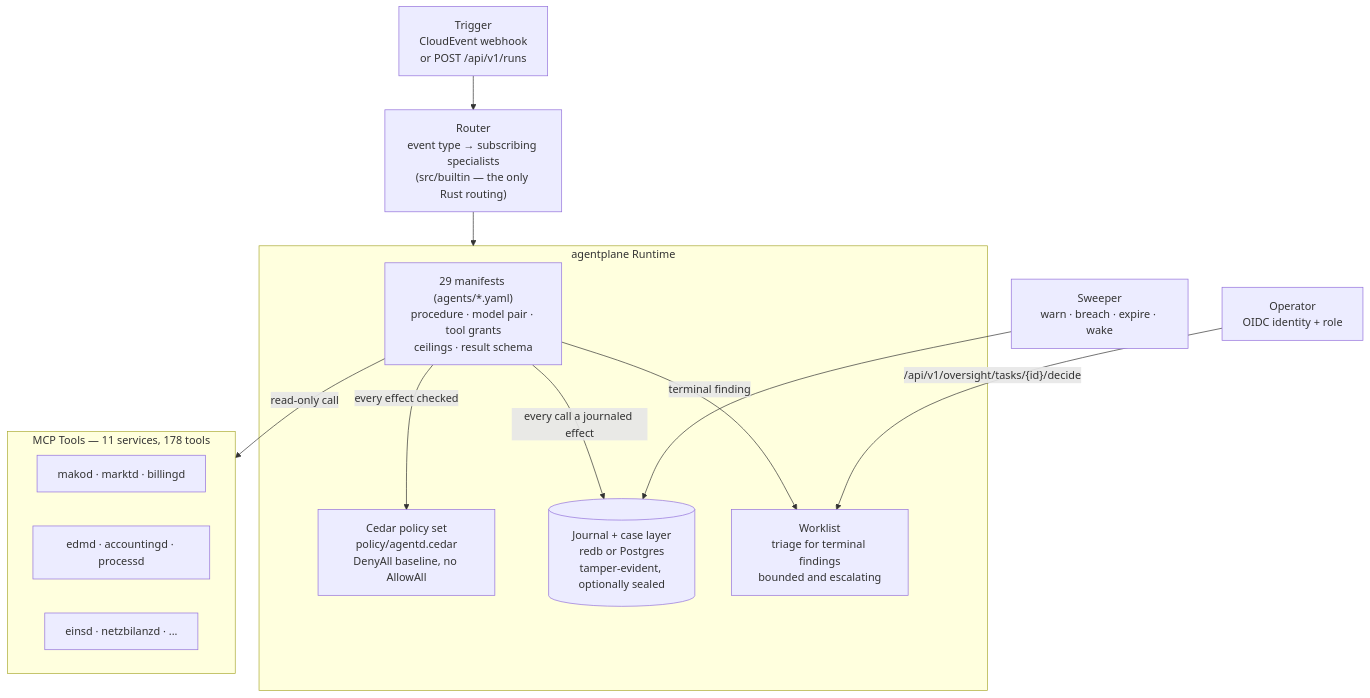
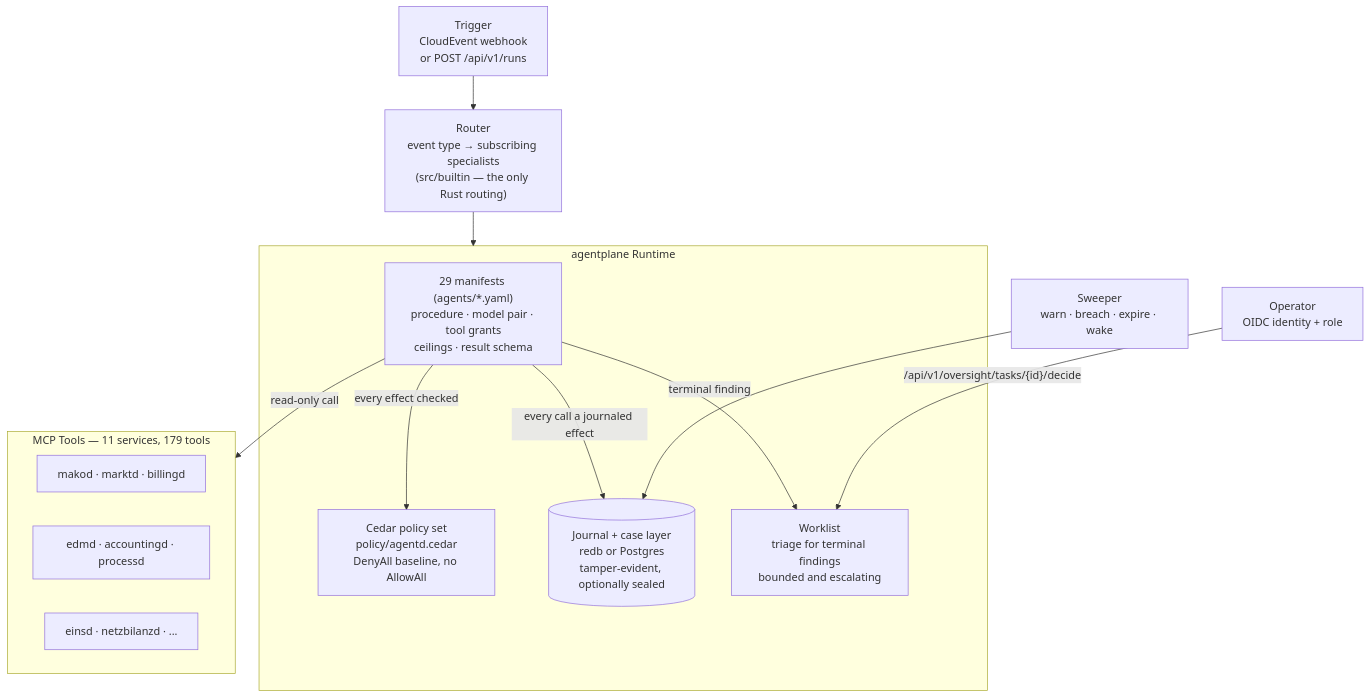
One commit to hupe1980/mako changed the first of 4 diagrams in site/content/docs/services/agentd.md. Above: the diagram before and after it, drawn with Mermaid. The commit also changed 443 other files, not shown here.

````diff
--- a/site/content/docs/services/agentd.md
+++ b/site/content/docs/services/agentd.md
@@ -514,29 +514,29 @@
 ```mermaid
 graph TB
     TRIGGER["Trigger<br/>CloudEvent webhook<br/>or POST /api/v1/runs"]
     ROUTER["Router<br/>event type → subscribing specialists<br/>(src/builtin — the only Rust routing)"]
 
     subgraph plane ["agentplane Runtime"]
         MANIFEST["29 manifests (agents/*.yaml)<br/>procedure · model pair · tool grants<br/>ceilings · result schema"]
         POLICY["Cedar policy set<br/>policy/agentd.cedar<br/>DenyAll baseline, no AllowAll"]
         JOURNAL[("Journal + case layer<br/>redb or Postgres<br/>tamper-evident, optionally sealed")]
         OVERSIGHT["Worklist<br/>triage for terminal findings<br/>bounded and escalating"]
     end
 
-    subgraph tools ["MCP Tools — 11 services, 178 tools"]
+    subgraph tools ["MCP Tools — 11 services, 179 tools"]
         T1["makod · marktd · billingd"]
         T2["edmd · accountingd · processd"]
         T3["einsd · netzbilanzd · ..."]
     end
 
     HUMAN["Operator<br/>OIDC identity + role"]
     SWEEP["Sweeper<br/>warn · breach · expire · wake"]
 
     TRIGGER --> ROUTER --> plane
     MANIFEST -->|"every effect checked"| POLICY
     MANIFEST -->|"every call a journaled effect"| JOURNAL
     MANIFEST -->|"terminal finding"| OVERSIGHT
     HUMAN -->|"/api/v1/oversight/tasks/{id}/decide"| OVERSIGHT
     SWEEP --> JOURNAL
     MANIFEST -->|"read-only call"| tools
 ```
````
